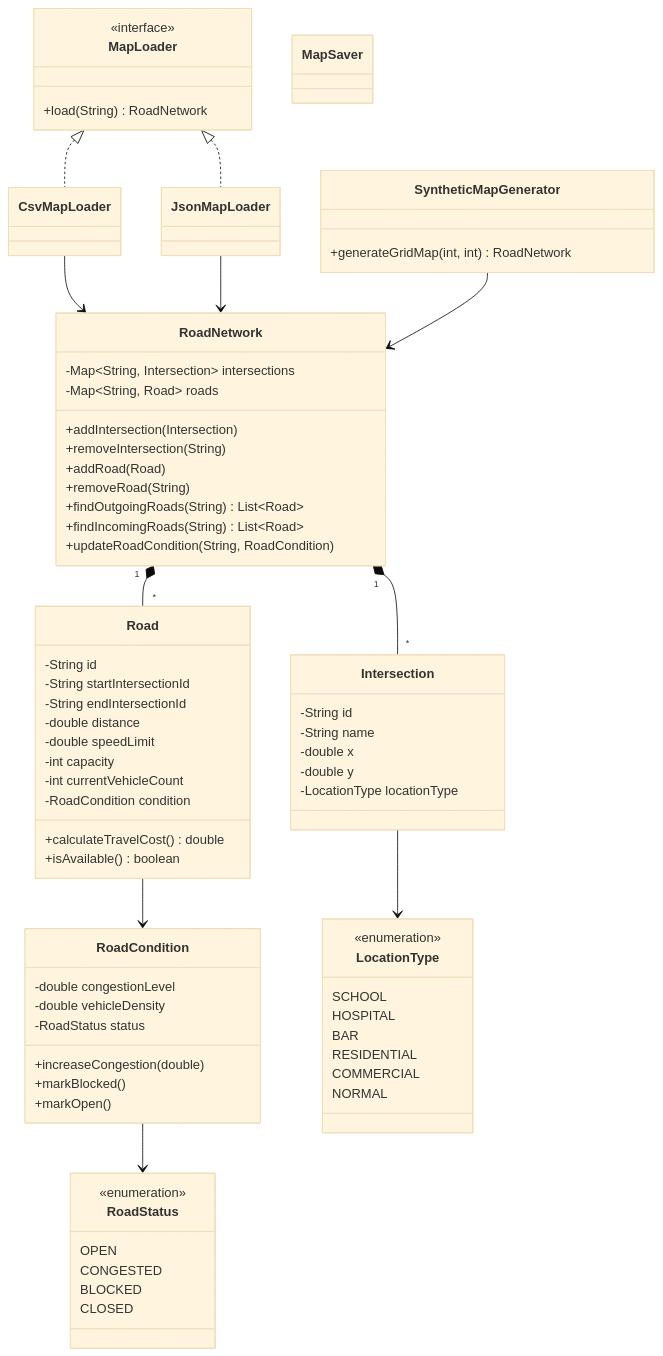
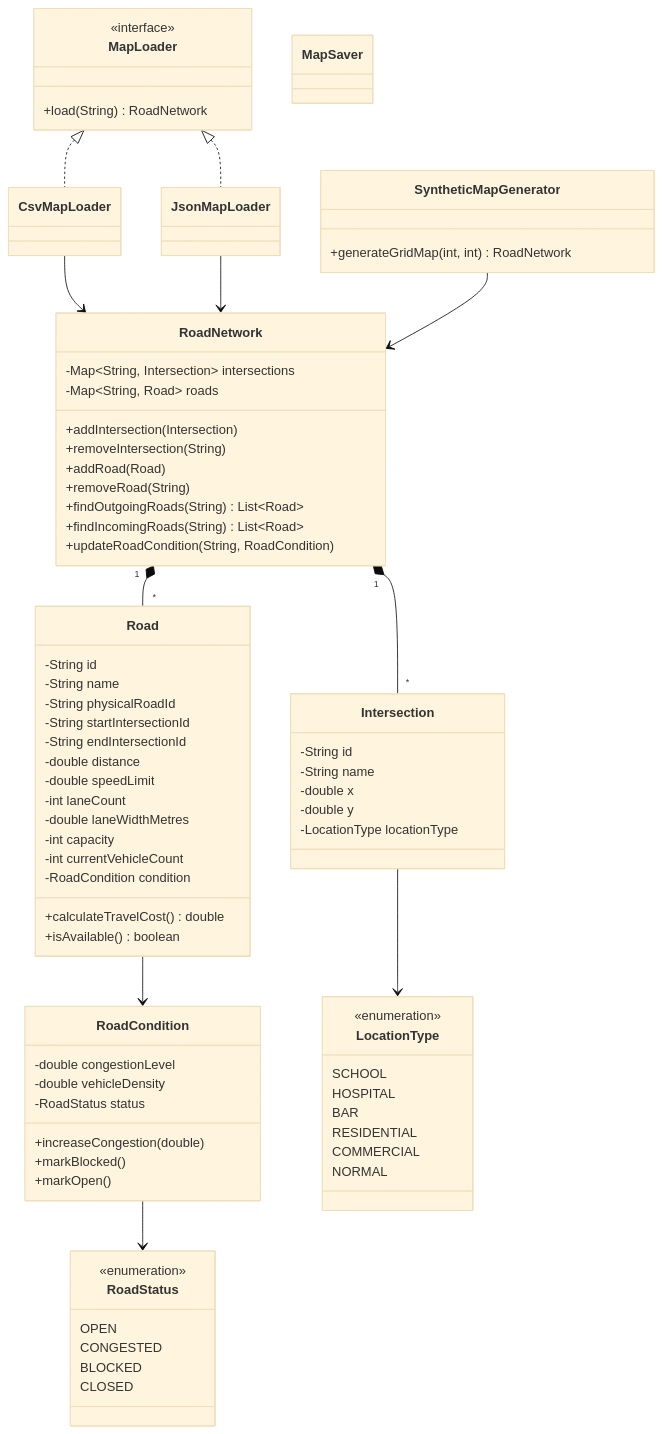
The diagram in docs/planning/Binh-network-persistence.md (binhnguyenag07-ops/Traffic-Event-System), drawn with Mermaid (base theme) before and after one commit. The commit also changed other lines of this file and 8 other files, not shown here.

```diff
--- a/docs/planning/Binh-network-persistence.md
+++ b/docs/planning/Binh-network-persistence.md
@@ -206,10 +223,14 @@
 
     class Road {
         -String id
+        -String name
+        -String physicalRoadId
         -String startIntersectionId
         -String endIntersectionId
         -double distance
         -double speedLimit
+        -int laneCount
+        -double laneWidthMetres
         -int capacity
         -int currentVehicleCount
         -RoadCondition condition
```
